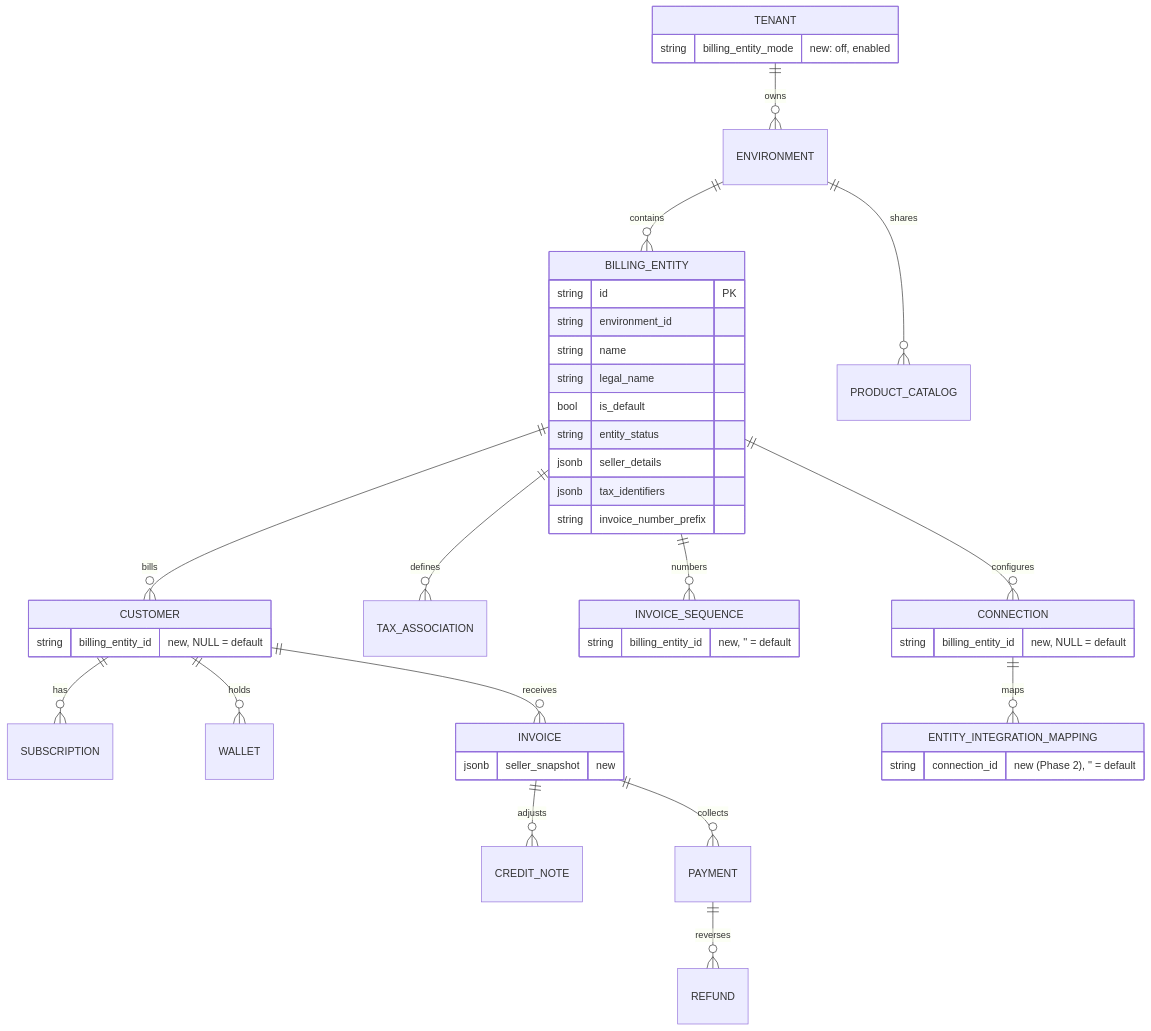
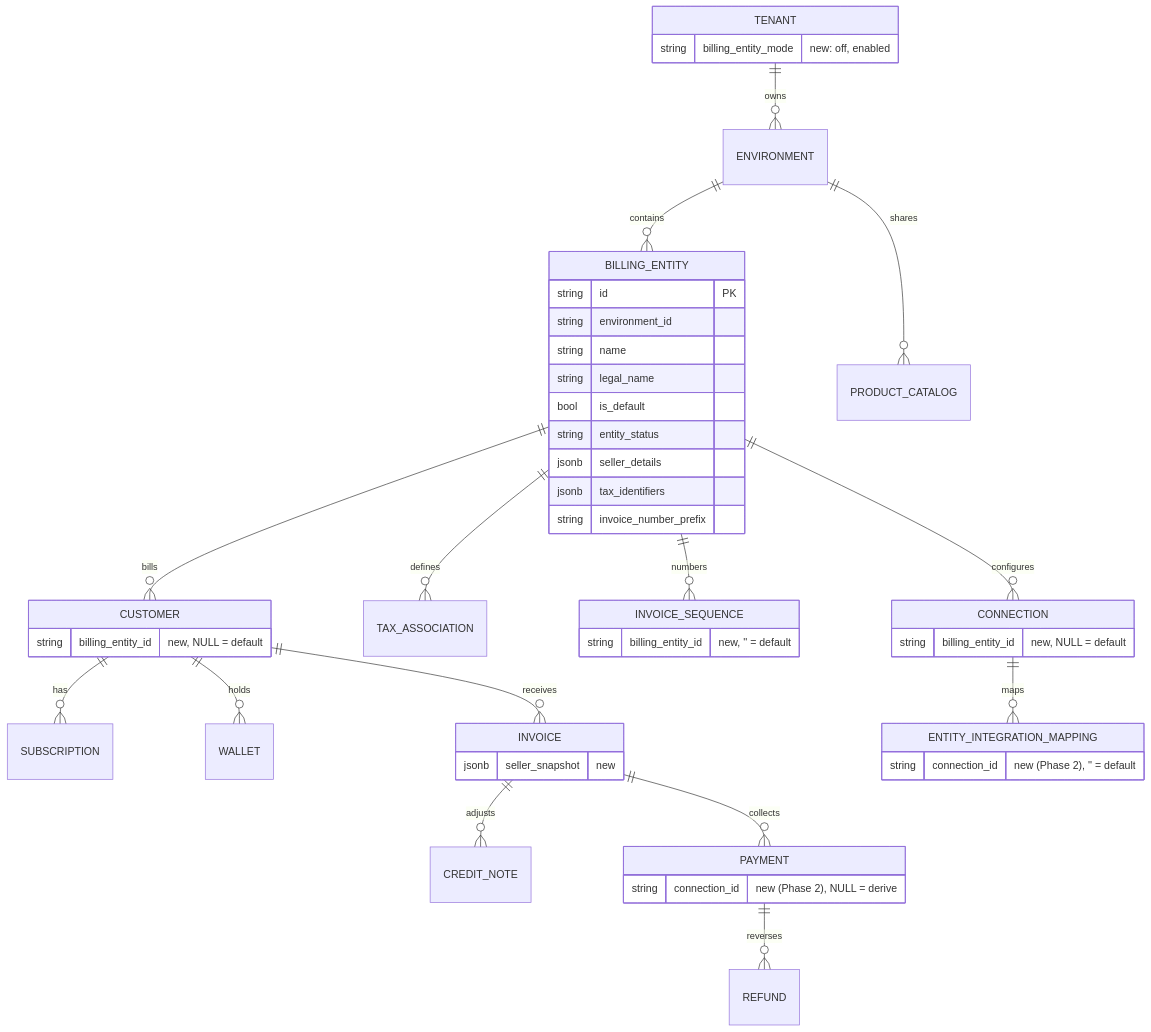
One commit to flexprice/flexprice changed the fourth of 6 diagrams in docs/design/2026-10-21-multi-entity-billing-erd.md. Above: the diagram before and after it, drawn with Mermaid. The commit also changed other lines of this file, not shown here.

````diff
--- a/docs/design/2026-10-21-multi-entity-billing-erd.md
+++ b/docs/design/2026-10-21-multi-entity-billing-erd.md
@@ -193,47 +193,50 @@
 ```mermaid
 erDiagram
   TENANT ||--o{ ENVIRONMENT : owns
   ENVIRONMENT ||--o{ BILLING_ENTITY : contains
   ENVIRONMENT ||--o{ PRODUCT_CATALOG : shares
   BILLING_ENTITY ||--o{ CONNECTION : configures
   BILLING_ENTITY ||--o{ TAX_ASSOCIATION : defines
   BILLING_ENTITY ||--o{ INVOICE_SEQUENCE : numbers
   BILLING_ENTITY ||--o{ CUSTOMER : bills
   CUSTOMER ||--o{ SUBSCRIPTION : has
   CUSTOMER ||--o{ WALLET : holds
   CUSTOMER ||--o{ INVOICE : receives
   INVOICE ||--o{ CREDIT_NOTE : adjusts
   INVOICE ||--o{ PAYMENT : collects
   PAYMENT ||--o{ REFUND : reverses
   CONNECTION ||--o{ ENTITY_INTEGRATION_MAPPING : maps
 
   TENANT {
     string billing_entity_mode "new: off, enabled"
   }
   BILLING_ENTITY {
     string id PK
     string environment_id
     string name
     string legal_name
     bool is_default
     string entity_status
     jsonb seller_details
     jsonb tax_identifiers
     string invoice_number_prefix
   }
   CUSTOMER {
     string billing_entity_id "new, NULL = default"
   }
   CONNECTION {
     string billing_entity_id "new, NULL = default"
   }
   INVOICE {
     jsonb seller_snapshot "new"
   }
+  PAYMENT {
+    string connection_id "new (Phase 2), NULL = derive"
+  }
   INVOICE_SEQUENCE {
     string billing_entity_id "new, '' = default"
   }
   ENTITY_INTEGRATION_MAPPING {
     string connection_id "new (Phase 2), '' = default"
   }
 ```
````
